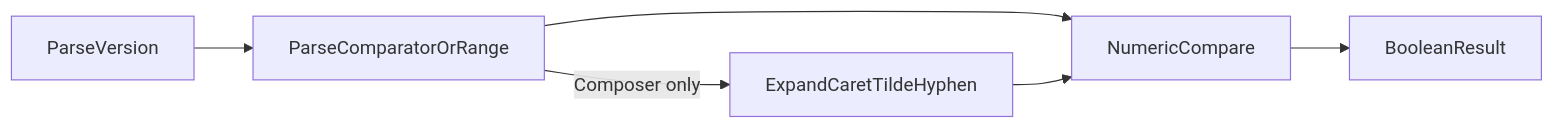
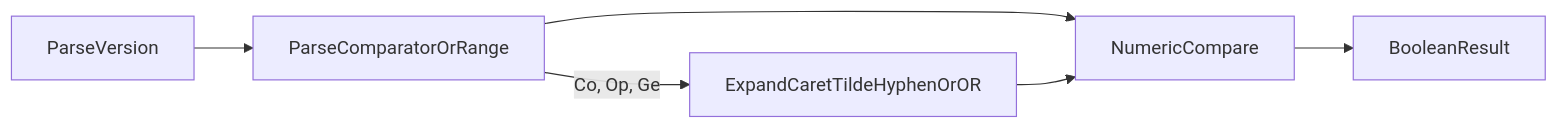
The diagram in docs/demos/wf-01-four-model-implementation-comparison.md (fareedst/tied), drawn with Mermaid before and after one commit. The commit also changed other lines of this file and 2 other files, not shown here.

````diff
--- a/docs/demos/wf-01-four-model-implementation-comparison.md
+++ b/docs/demos/wf-01-four-model-implementation-comparison.md
@@ -78,12 +87,12 @@
 ```mermaid
 flowchart LR
   ParseVersion[ParseVersion]
   ParseSpec[ParseComparatorOrRange]
   Compare[NumericCompare]
   Bool[BooleanResult]
   ParseVersion --> ParseSpec
   ParseSpec --> Compare
   Compare --> Bool
-  ParseSpec -->|"Composer only"| ExpandRange[ExpandCaretTildeHyphen]
+  ParseSpec -->|"Co, Op, Ge"| ExpandRange[ExpandCaretTildeHyphenOrOR]
   ExpandRange --> Compare
 ```
````
